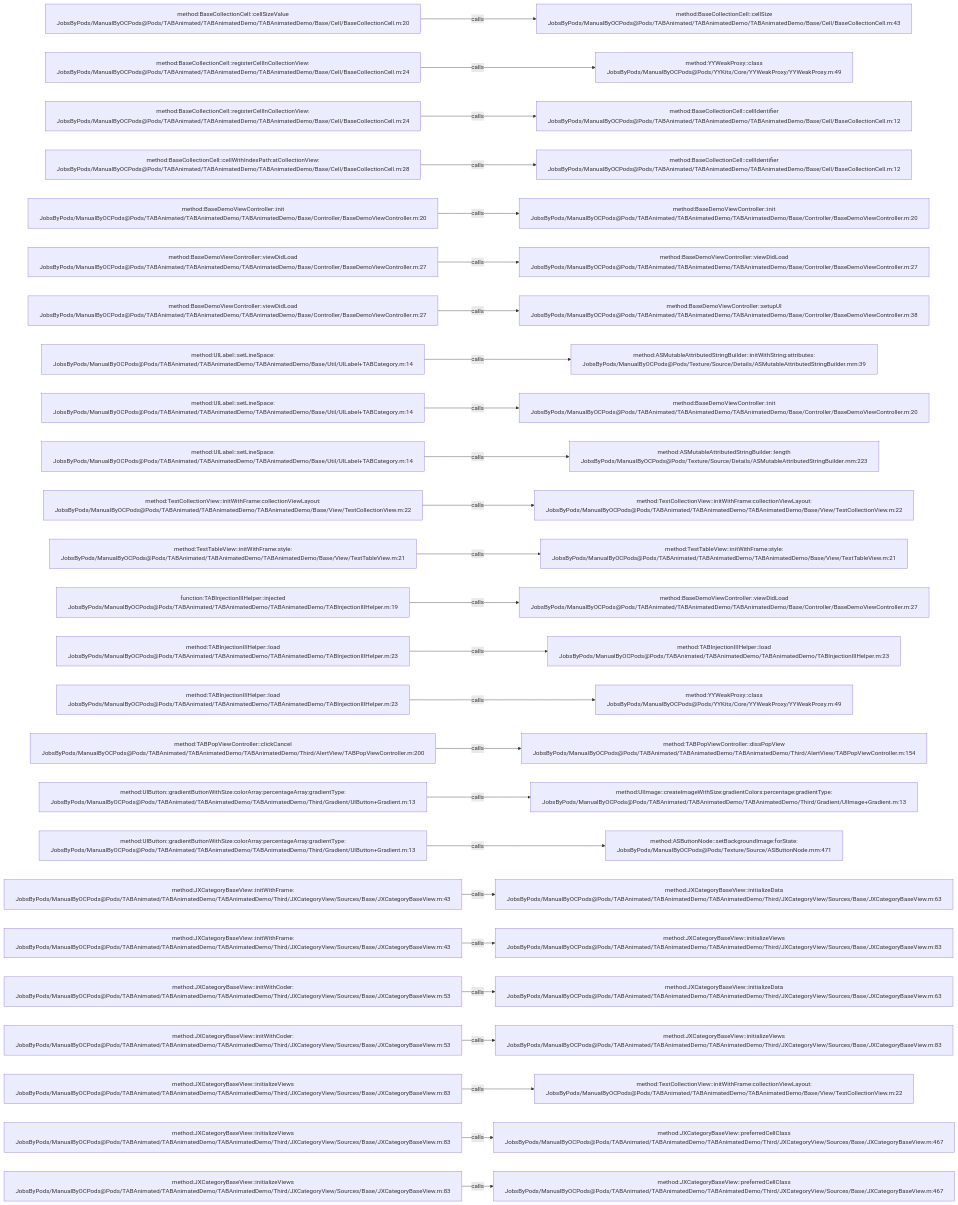
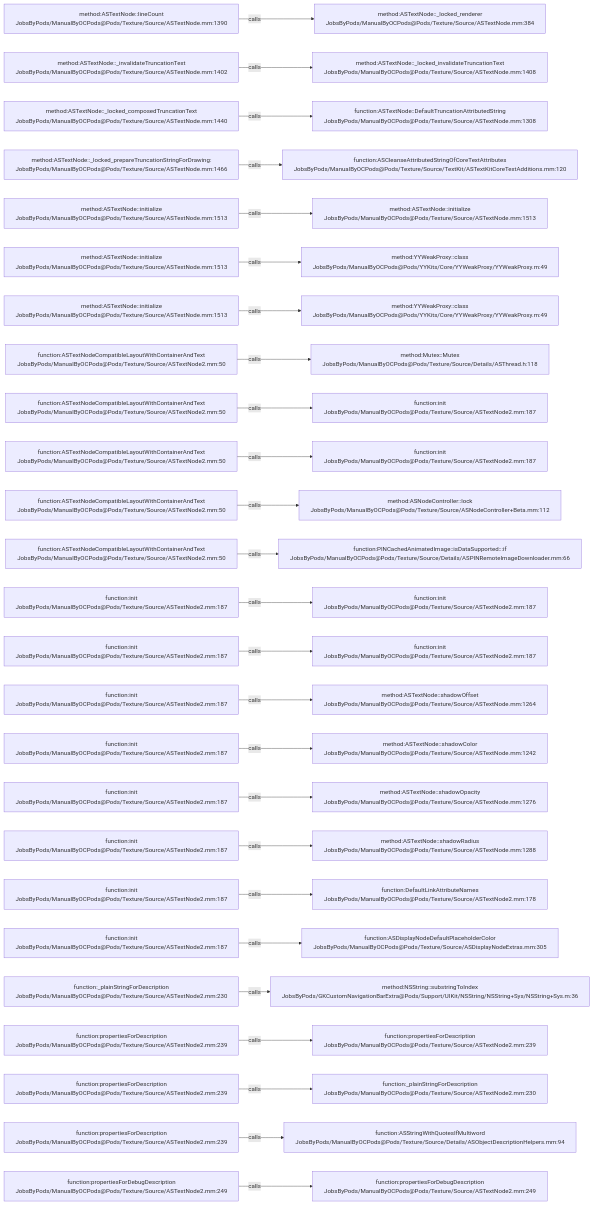
One commit to JobsKits/JobsOCBaseConfigDemo changed the diagram in .codegraph/codegraph.md/graphs/calls-146.md. Above: the diagram before and after it, drawn with Mermaid. The commit also changed 2162 other files, not shown here.

````diff
--- a/.codegraph/codegraph.md/graphs/calls-146.md
+++ b/.codegraph/codegraph.md/graphs/calls-146.md
@@ -13,78 +13,78 @@
 ```mermaid
 flowchart LR
-  S1["method:BaseCollectionCell::cellSizeValue<br/>JobsByPods/ManualByOCPods@Pods/TABAnimated/TABAnimatedDemo/TABAnimatedDemo/Base/Cell/BaseCollectionCell.m:20"]
-  T1["method:BaseCollectionCell::cellSize<br/>JobsByPods/ManualByOCPods@Pods/TABAnimated/TABAnimatedDemo/TABAnimatedDemo/Base/Cell/BaseCollectionCell.m:43"]
+  S1["method:ASTextNode::lineCount<br/>JobsByPods/ManualByOCPods@Pods/Texture/Source/ASTextNode.mm:1390"]
+  T1["method:ASTextNode::_locked_renderer<br/>JobsByPods/ManualByOCPods@Pods/Texture/Source/ASTextNode.mm:384"]
   S1 -->|calls| T1
-  S2["method:BaseCollectionCell::registerCellInCollectionView:<br/>JobsByPods/ManualByOCPods@Pods/TABAnimated/TABAnimatedDemo/TABAnimatedDemo/Base/Cell/BaseCollectionCell.m:24"]
-  T2["method:YYWeakProxy::class<br/>JobsByPods/ManualByOCPods@Pods/YYKits/Core/YYWeakProxy/YYWeakProxy.m:49"]
+  S2["method:ASTextNode::_invalidateTruncationText<br/>JobsByPods/ManualByOCPods@Pods/Texture/Source/ASTextNode.mm:1402"]
+  T2["method:ASTextNode::_locked_invalidateTruncationText<br/>JobsByPods/ManualByOCPods@Pods/Texture/Source/ASTextNode.mm:1408"]
   S2 -->|calls| T2
-  S3["method:BaseCollectionCell::registerCellInCollectionView:<br/>JobsByPods/ManualByOCPods@Pods/TABAnimated/TABAnimatedDemo/TABAnimatedDemo/Base/Cell/BaseCollectionCell.m:24"]
-  T3["method:BaseCollectionCell::cellIdentifier<br/>JobsByPods/ManualByOCPods@Pods/TABAnimated/TABAnimatedDemo/TABAnimatedDemo/Base/Cell/BaseCollectionCell.m:12"]
+  S3["method:ASTextNode::_locked_composedTruncationText<br/>JobsByPods/ManualByOCPods@Pods/Texture/Source/ASTextNode.mm:1440"]
+  T3["function:ASTextNode::DefaultTruncationAttributedString<br/>JobsByPods/ManualByOCPods@Pods/Texture/Source/ASTextNode.mm:1308"]
   S3 -->|calls| T3
-  S4["method:BaseCollectionCell::cellWithIndexPath:atCollectionView:<br/>JobsByPods/ManualByOCPods@Pods/TABAnimated/TABAnimatedDemo/TABAnimatedDemo/Base/Cell/BaseCollectionCell.m:28"]
-  T4["method:BaseCollectionCell::cellIdentifier<br/>JobsByPods/ManualByOCPods@Pods/TABAnimated/TABAnimatedDemo/TABAnimatedDemo/Base/Cell/BaseCollectionCell.m:12"]
+  S4["method:ASTextNode::_locked_prepareTruncationStringForDrawing:<br/>JobsByPods/ManualByOCPods@Pods/Texture/Source/ASTextNode.mm:1466"]
+  T4["function:ASCleanseAttributedStringOfCoreTextAttributes<br/>JobsByPods/ManualByOCPods@Pods/Texture/Source/TextKit/ASTextKitCoreTextAdditions.mm:120"]
   S4 -->|calls| T4
-  S5["method:BaseDemoViewController::init<br/>JobsByPods/ManualByOCPods@Pods/TABAnimated/TABAnimatedDemo/TABAnimatedDemo/Base/Controller/BaseDemoViewController.m:20"]
-  T5["method:BaseDemoViewController::init<br/>JobsByPods/ManualByOCPods@Pods/TABAnimated/TABAnimatedDemo/TABAnimatedDemo/Base/Controller/BaseDemoViewController.m:20"]
+  S5["method:ASTextNode::initialize<br/>JobsByPods/ManualByOCPods@Pods/Texture/Source/ASTextNode.mm:1513"]
+  T5["method:ASTextNode::initialize<br/>JobsByPods/ManualByOCPods@Pods/Texture/Source/ASTextNode.mm:1513"]
   S5 -->|calls| T5
-  S6["method:BaseDemoViewController::viewDidLoad<br/>JobsByPods/ManualByOCPods@Pods/TABAnimated/TABAnimatedDemo/TABAnimatedDemo/Base/Controller/BaseDemoViewController.m:27"]
-  T6["method:BaseDemoViewController::viewDidLoad<br/>JobsByPods/ManualByOCPods@Pods/TABAnimated/TABAnimatedDemo/TABAnimatedDemo/Base/Controller/BaseDemoViewController.m:27"]
+  S6["method:ASTextNode::initialize<br/>JobsByPods/ManualByOCPods@Pods/Texture/Source/ASTextNode.mm:1513"]
+  T6["method:YYWeakProxy::class<br/>JobsByPods/ManualByOCPods@Pods/YYKits/Core/YYWeakProxy/YYWeakProxy.m:49"]
   S6 -->|calls| T6
-  S7["method:BaseDemoViewController::viewDidLoad<br/>JobsByPods/ManualByOCPods@Pods/TABAnimated/TABAnimatedDemo/TABAnimatedDemo/Base/Controller/BaseDemoViewController.m:27"]
-  T7["method:BaseDemoViewController::setupUI<br/>JobsByPods/ManualByOCPods@Pods/TABAnimated/TABAnimatedDemo/TABAnimatedDemo/Base/Controller/BaseDemoViewController.m:38"]
+  S7["method:ASTextNode::initialize<br/>JobsByPods/ManualByOCPods@Pods/Texture/Source/ASTextNode.mm:1513"]
+  T7["method:YYWeakProxy::class<br/>JobsByPods/ManualByOCPods@Pods/YYKits/Core/YYWeakProxy/YYWeakProxy.m:49"]
   S7 -->|calls| T7
-  S8["method:UILabel::setLineSpace:<br/>JobsByPods/ManualByOCPods@Pods/TABAnimated/TABAnimatedDemo/TABAnimatedDemo/Base/Util/UILabel+TABCategory.m:14"]
-  T8["method:ASMutableAttributedStringBuilder::initWithString:attributes:<br/>JobsByPods/ManualByOCPods@Pods/Texture/Source/Details/ASMutableAttributedStringBuilder.mm:39"]
+  S8["function:ASTextNodeCompatibleLayoutWithContainerAndText<br/>JobsByPods/ManualByOCPods@Pods/Texture/Source/ASTextNode2.mm:50"]
+  T8["method:Mutex::Mutex<br/>JobsByPods/ManualByOCPods@Pods/Texture/Source/Details/ASThread.h:118"]
   S8 -->|calls| T8
-  S9["method:UILabel::setLineSpace:<br/>JobsByPods/ManualByOCPods@Pods/TABAnimated/TABAnimatedDemo/TABAnimatedDemo/Base/Util/UILabel+TABCategory.m:14"]
-  T9["method:BaseDemoViewController::init<br/>JobsByPods/ManualByOCPods@Pods/TABAnimated/TABAnimatedDemo/TABAnimatedDemo/Base/Controller/BaseDemoViewController.m:20"]
+  S9["function:ASTextNodeCompatibleLayoutWithContainerAndText<br/>JobsByPods/ManualByOCPods@Pods/Texture/Source/ASTextNode2.mm:50"]
+  T9["function:init<br/>JobsByPods/ManualByOCPods@Pods/Texture/Source/ASTextNode2.mm:187"]
   S9 -->|calls| T9
-  S10["method:UILabel::setLineSpace:<br/>JobsByPods/ManualByOCPods@Pods/TABAnimated/TABAnimatedDemo/TABAnimatedDemo/Base/Util/UILabel+TABCategory.m:14"]
-  T10["method:ASMutableAttributedStringBuilder::length<br/>JobsByPods/ManualByOCPods@Pods/Texture/Source/Details/ASMutableAttributedStringBuilder.mm:223"]
+  S10["function:ASTextNodeCompatibleLayoutWithContainerAndText<br/>JobsByPods/ManualByOCPods@Pods/Texture/Source/ASTextNode2.mm:50"]
+  T10["function:init<br/>JobsByPods/ManualByOCPods@Pods/Texture/Source/ASTextNode2.mm:187"]
   S10 -->|calls| T10
-  S11["method:TestCollectionView::initWithFrame:collectionViewLayout:<br/>JobsByPods/ManualByOCPods@Pods/TABAnimated/TABAnimatedDemo/TABAnimatedDemo/Base/View/TestCollectionView.m:22"]
-  T11["method:TestCollectionView::initWithFrame:collectionViewLayout:<br/>JobsByPods/ManualByOCPods@Pods/TABAnimated/TABAnimatedDemo/TABAnimatedDemo/Base/View/TestCollectionView.m:22"]
+  S11["function:ASTextNodeCompatibleLayoutWithContainerAndText<br/>JobsByPods/ManualByOCPods@Pods/Texture/Source/ASTextNode2.mm:50"]
+  T11["method:ASNodeController::lock<br/>JobsByPods/ManualByOCPods@Pods/Texture/Source/ASNodeController+Beta.mm:112"]
   S11 -->|calls| T11
-  S12["method:TestTableView::initWithFrame:style:<br/>JobsByPods/ManualByOCPods@Pods/TABAnimated/TABAnimatedDemo/TABAnimatedDemo/Base/View/TestTableView.m:21"]
-  T12["method:TestTableView::initWithFrame:style:<br/>JobsByPods/ManualByOCPods@Pods/TABAnimated/TABAnimatedDemo/TABAnimatedDemo/Base/View/TestTableView.m:21"]
+  S12["function:ASTextNodeCompatibleLayoutWithContainerAndText<br/>JobsByPods/ManualByOCPods@Pods/Texture/Source/ASTextNode2.mm:50"]
+  T12["function:PINCachedAnimatedImage::isDataSupported:::if<br/>JobsByPods/ManualByOCPods@Pods/Texture/Source/Details/ASPINRemoteImageDownloader.mm:66"]
   S12 -->|calls| T12
-  S13["function:TABInjectionIIIHelper::injected<br/>JobsByPods/ManualByOCPods@Pods/TABAnimated/TABAnimatedDemo/TABAnimatedDemo/TABInjectionIIIHelper.m:19"]
-  T13["method:BaseDemoViewController::viewDidLoad<br/>JobsByPods/ManualByOCPods@Pods/TABAnimated/TABAnimatedDemo/TABAnimatedDemo/Base/Controller/BaseDemoViewController.m:27"]
+  S13["function:init<br/>JobsByPods/ManualByOCPods@Pods/Texture/Source/ASTextNode2.mm:187"]
+  T13["function:init<br/>JobsByPods/ManualByOCPods@Pods/Texture/Source/ASTextNode2.mm:187"]
   S13 -->|calls| T13
-  S14["method:TABInjectionIIIHelper::load<br/>JobsByPods/ManualByOCPods@Pods/TABAnimated/TABAnimatedDemo/TABAnimatedDemo/TABInjectionIIIHelper.m:23"]
-  T14["method:TABInjectionIIIHelper::load<br/>JobsByPods/ManualByOCPods@Pods/TABAnimated/TABAnimatedDemo/TABAnimatedDemo/TABInjectionIIIHelper.m:23"]
+  S14["function:init<br/>JobsByPods/ManualByOCPods@Pods/Texture/Source/ASTextNode2.mm:187"]
+  T14["function:init<br/>JobsByPods/ManualByOCPods@Pods/Texture/Source/ASTextNode2.mm:187"]
   S14 -->|calls| T14
-  S15["method:TABInjectionIIIHelper::load<br/>JobsByPods/ManualByOCPods@Pods/TABAnimated/TABAnimatedDemo/TABAnimatedDemo/TABInjectionIIIHelper.m:23"]
-  T15["method:YYWeakProxy::class<br/>JobsByPods/ManualByOCPods@Pods/YYKits/Core/YYWeakProxy/YYWeakProxy.m:49"]
+  S15["function:init<br/>JobsByPods/ManualByOCPods@Pods/Texture/Source/ASTextNode2.mm:187"]
+  T15["method:ASTextNode::shadowOffset<br/>JobsByPods/ManualByOCPods@Pods/Texture/Source/ASTextNode.mm:1264"]
   S15 -->|calls| T15
-  S16["method:TABPopViewController::clickCancel<br/>JobsByPods/ManualByOCPods@Pods/TABAnimated/TABAnimatedDemo/TABAnimatedDemo/Third/AlertView/TABPopViewController.m:200"]
-  T16["method:TABPopViewController::dissPopView<br/>JobsByPods/ManualByOCPods@Pods/TABAnimated/TABAnimatedDemo/TABAnimatedDemo/Third/AlertView/TABPopViewController.m:154"]
+  S16["function:init<br/>JobsByPods/ManualByOCPods@Pods/Texture/Source/ASTextNode2.mm:187"]
+  T16["method:ASTextNode::shadowColor<br/>JobsByPods/ManualByOCPods@Pods/Texture/Source/ASTextNode.mm:1242"]
   S16 -->|calls| T16
-  S17["method:UIButton::gradientButtonWithSize:colorArray:percentageArray:gradientType:<br/>JobsByPods/ManualByOCPods@Pods/TABAnimated/TABAnimatedDemo/TABAnimatedDemo/Third/Gradient/UIButton+Gradient.m:13"]
-  T17["method:UIImage::createImageWithSize:gradientColors:percentage:gradientType:<br/>JobsByPods/ManualByOCPods@Pods/TABAnimated/TABAnimatedDemo/TABAnimatedDemo/Third/Gradient/UIImage+Gradient.m:13"]
+  S17["function:init<br/>JobsByPods/ManualByOCPods@Pods/Texture/Source/ASTextNode2.mm:187"]
+  T17["method:ASTextNode::shadowOpacity<br/>JobsByPods/ManualByOCPods@Pods/Texture/Source/ASTextNode.mm:1276"]
   S17 -->|calls| T17
-  S18["method:UIButton::gradientButtonWithSize:colorArray:percentageArray:gradientType:<br/>JobsByPods/ManualByOCPods@Pods/TABAnimated/TABAnimatedDemo/TABAnimatedDemo/Third/Gradient/UIButton+Gradient.m:13"]
-  T18["method:ASButtonNode::setBackgroundImage:forState:<br/>JobsByPods/ManualByOCPods@Pods/Texture/Source/ASButtonNode.mm:471"]
+  S18["function:init<br/>JobsByPods/ManualByOCPods@Pods/Texture/Source/ASTextNode2.mm:187"]
+  T18["method:ASTextNode::shadowRadius<br/>JobsByPods/ManualByOCPods@Pods/Texture/Source/ASTextNode.mm:1288"]
   S18 -->|calls| T18
-  S19["method:JXCategoryBaseView::initWithFrame:<br/>JobsByPods/ManualByOCPods@Pods/TABAnimated/TABAnimatedDemo/TABAnimatedDemo/Third/JXCategoryView/Sources/Base/JXCategoryBaseView.m:43"]
-  T19["method:JXCategoryBaseView::initializeData<br/>JobsByPods/ManualByOCPods@Pods/TABAnimated/TABAnimatedDemo/TABAnimatedDemo/Third/JXCategoryView/Sources/Base/JXCategoryBaseView.m:63"]
+  S19["function:init<br/>JobsByPods/ManualByOCPods@Pods/Texture/Source/ASTextNode2.mm:187"]
+  T19["function:DefaultLinkAttributeNames<br/>JobsByPods/ManualByOCPods@Pods/Texture/Source/ASTextNode2.mm:178"]
   S19 -->|calls| T19
-  S20["method:JXCategoryBaseView::initWithFrame:<br/>JobsByPods/ManualByOCPods@Pods/TABAnimated/TABAnimatedDemo/TABAnimatedDemo/Third/JXCategoryView/Sources/Base/JXCategoryBaseView.m:43"]
-  T20["method:JXCategoryBaseView::initializeViews<br/>JobsByPods/ManualByOCPods@Pods/TABAnimated/TABAnimatedDemo/TABAnimatedDemo/Third/JXCategoryView/Sources/Base/JXCategoryBaseView.m:83"]
+  S20["function:init<br/>JobsByPods/ManualByOCPods@Pods/Texture/Source/ASTextNode2.mm:187"]
+  T20["function:ASDisplayNodeDefaultPlaceholderColor<br/>JobsByPods/ManualByOCPods@Pods/Texture/Source/ASDisplayNodeExtras.mm:305"]
   S20 -->|calls| T20
-  S21["method:JXCategoryBaseView::initWithCoder:<br/>JobsByPods/ManualByOCPods@Pods/TABAnimated/TABAnimatedDemo/TABAnimatedDemo/Third/JXCategoryView/Sources/Base/JXCategoryBaseView.m:53"]
-  T21["method:JXCategoryBaseView::initializeData<br/>JobsByPods/ManualByOCPods@Pods/TABAnimated/TABAnimatedDemo/TABAnimatedDemo/Third/JXCategoryView/Sources/Base/JXCategoryBaseView.m:63"]
+  S21["function:_plainStringForDescription<br/>JobsByPods/ManualByOCPods@Pods/Texture/Source/ASTextNode2.mm:230"]
+  T21["method:NSString::substringToIndex<br/>JobsByPods/GKCustomNavigationBarExtra@Pods/Support/UIKit/NSString/NSString+Sys/NSString+Sys.m:36"]
   S21 -->|calls| T21
-  S22["method:JXCategoryBaseView::initWithCoder:<br/>JobsByPods/ManualByOCPods@Pods/TABAnimated/TABAnimatedDemo/TABAnimatedDemo/Third/JXCategoryView/Sources/Base/JXCategoryBaseView.m:53"]
-  T22["method:JXCategoryBaseView::initializeViews<br/>JobsByPods/ManualByOCPods@Pods/TABAnimated/TABAnimatedDemo/TABAnimatedDemo/Third/JXCategoryView/Sources/Base/JXCategoryBaseView.m:83"]
+  S22["function:propertiesForDescription<br/>JobsByPods/ManualByOCPods@Pods/Texture/Source/ASTextNode2.mm:239"]
+  T22["function:propertiesForDescription<br/>JobsByPods/ManualByOCPods@Pods/Texture/Source/ASTextNode2.mm:239"]
   S22 -->|calls| T22
-  S23["method:JXCategoryBaseView::initializeViews<br/>JobsByPods/ManualByOCPods@Pods/TABAnimated/TABAnimatedDemo/TABAnimatedDemo/Third/JXCategoryView/Sources/Base/JXCategoryBaseView.m:83"]
-  T23["method:TestCollectionView::initWithFrame:collectionViewLayout:<br/>JobsByPods/ManualByOCPods@Pods/TABAnimated/TABAnimatedDemo/TABAnimatedDemo/Base/View/TestCollectionView.m:22"]
+  S23["function:propertiesForDescription<br/>JobsByPods/ManualByOCPods@Pods/Texture/Source/ASTextNode2.mm:239"]
+  T23["function:_plainStringForDescription<br/>JobsByPods/ManualByOCPods@Pods/Texture/Source/ASTextNode2.mm:230"]
   S23 -->|calls| T23
-  S24["method:JXCategoryBaseView::initializeViews<br/>JobsByPods/ManualByOCPods@Pods/TABAnimated/TABAnimatedDemo/TABAnimatedDemo/Third/JXCategoryView/Sources/Base/JXCategoryBaseView.m:83"]
-  T24["method:JXCategoryBaseView::preferredCellClass<br/>JobsByPods/ManualByOCPods@Pods/TABAnimated/TABAnimatedDemo/TABAnimatedDemo/Third/JXCategoryView/Sources/Base/JXCategoryBaseView.m:467"]
+  S24["function:propertiesForDescription<br/>JobsByPods/ManualByOCPods@Pods/Texture/Source/ASTextNode2.mm:239"]
+  T24["function:ASStringWithQuotesIfMultiword<br/>JobsByPods/ManualByOCPods@Pods/Texture/Source/Details/ASObjectDescriptionHelpers.mm:94"]
   S24 -->|calls| T24
-  S25["method:JXCategoryBaseView::initializeViews<br/>JobsByPods/ManualByOCPods@Pods/TABAnimated/TABAnimatedDemo/TABAnimatedDemo/Third/JXCategoryView/Sources/Base/JXCategoryBaseView.m:83"]
-  T25["method:JXCategoryBaseView::preferredCellClass<br/>JobsByPods/ManualByOCPods@Pods/TABAnimated/TABAnimatedDemo/TABAnimatedDemo/Third/JXCategoryView/Sources/Base/JXCategoryBaseView.m:467"]
+  S25["function:propertiesForDebugDescription<br/>JobsByPods/ManualByOCPods@Pods/Texture/Source/ASTextNode2.mm:249"]
+  T25["function:propertiesForDebugDescription<br/>JobsByPods/ManualByOCPods@Pods/Texture/Source/ASTextNode2.mm:249"]
   S25 -->|calls| T25
 ```
````
